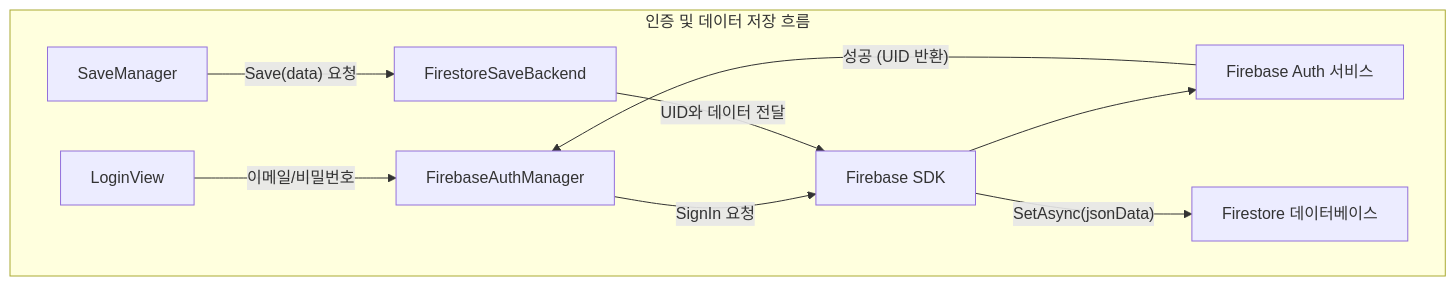
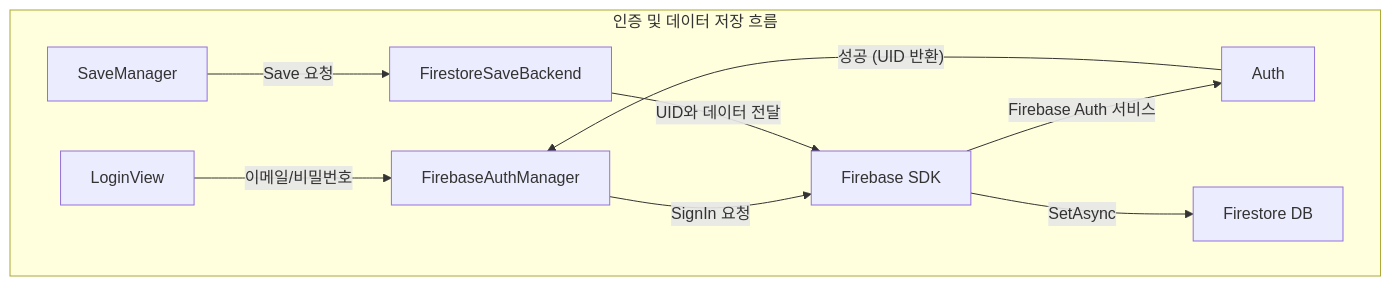
The second of 16 diagrams in README.md (ProgramingLanguageStudy/Project-Starfall), drawn with Mermaid before and after one commit. The commit also changed other lines of this file, not shown here.

````diff
--- a/README.md
+++ b/README.md
@@ -117,13 +117,13 @@
 ```mermaid
 flowchart TB
-    subgraph 인증 및 데이터 저장 흐름
-        UI[LoginView] -- 이메일/비밀번호 --> AuthManager[FirebaseAuthManager]
-        AuthManager -- SignIn 요청 --> FirebaseSDK[Firebase SDK]
-        FirebaseSDK --> FirebaseAuth[Firebase Auth 서비스]
-        FirebaseAuth -- 성공 (UID 반환) --> AuthManager
+    subgraph "인증 및 데이터 저장 흐름"
+        UI["LoginView"] -->|"이메일/비밀번호"| AuthManager["FirebaseAuthManager"]
+        AuthManager -->|"SignIn 요청"| FirebaseSDK["Firebase SDK"]
+        FirebaseSDK -->|"Firebase Auth 서비스"| AuthSvc["Auth"]
+        AuthSvc -->|"성공 (UID 반환)"| AuthManager
 
-        SaveManager[SaveManager] -- Save(data) 요청 --> FirestoreBackend[FirestoreSaveBackend]
-        FirestoreBackend -- UID와 데이터 전달 --> FirebaseSDK
-        FirebaseSDK -- SetAsync(jsonData) --> FirestoreDB[Firestore 데이터베이스]
+        SaveManager["SaveManager"] -->|"Save 요청"| FirestoreBackend["FirestoreSaveBackend"]
+        FirestoreBackend -->|"UID와 데이터 전달"| FirebaseSDK
+        FirebaseSDK -->|"SetAsync"| FirestoreDB["Firestore DB"]
     end
 ```
````
